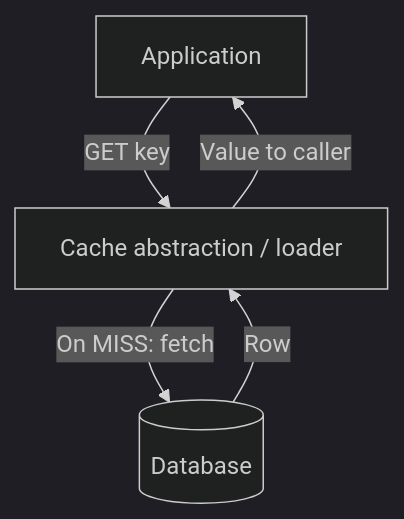
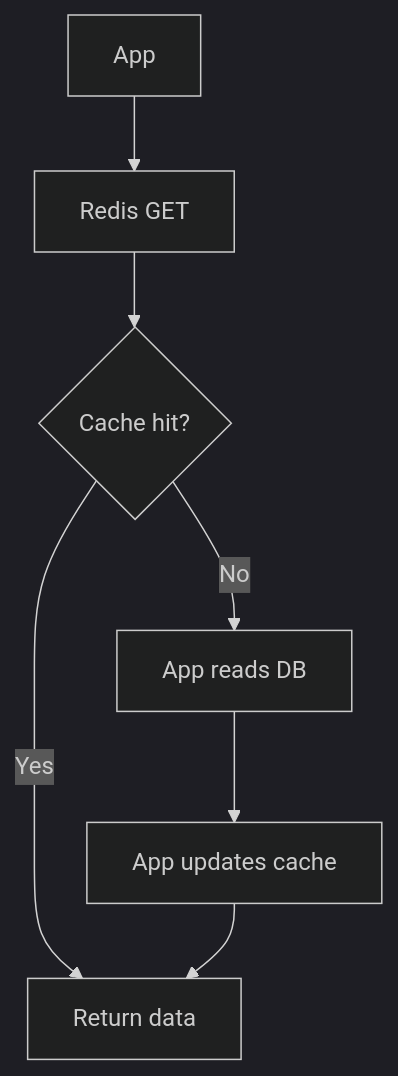
The second of 14 diagrams in system_design_notes/04_caching_strategies_redis_ha_failure_recovery_interview_notes.md (Johnybritto/system_design), drawn with Mermaid (dark theme) before and after one commit. The commit also changed other lines of this file, not shown here.

Commit message:
docs: align caching guide with chat Q&A and simplify Mermaid diagrams

````diff
--- a/system_design_notes/04_caching_strategies_redis_ha_failure_recovery_interview_notes.md
+++ b/system_design_notes/04_caching_strategies_redis_ha_failure_recovery_interview_notes.md
@@ -75,10 +58,9 @@
 ```mermaid
 flowchart TD
-  A["Application"]
-  C["Cache abstraction / loader"]
-  D[("Database")]
-  A -->|"GET key"| C
-  C -->|"On MISS: fetch"| D
-  D -->|"Row"| C
-  C -->|"Value to caller"| A
+  A["App"] --> B["Redis GET"]
+  B --> C{"Cache hit?"}
+  C -->|Yes| F["Return data"]
+  C -->|No| D["App reads DB"]
+  D --> E["App updates cache"]
+  E --> F
 ```
````
